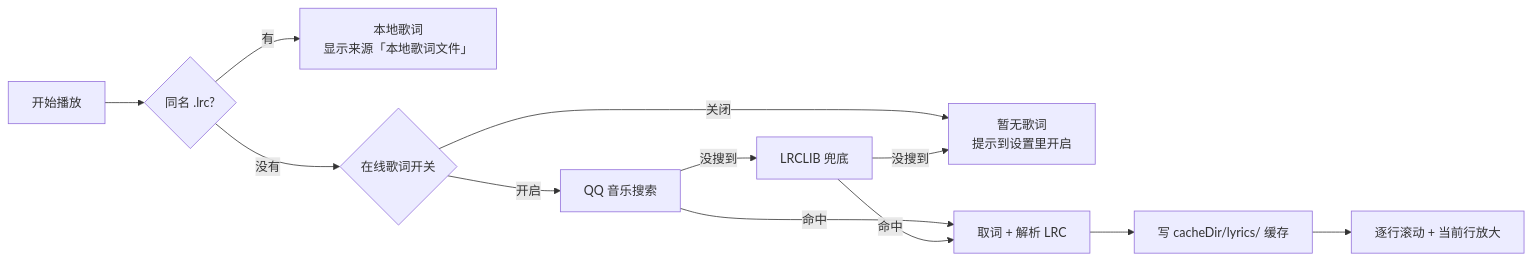
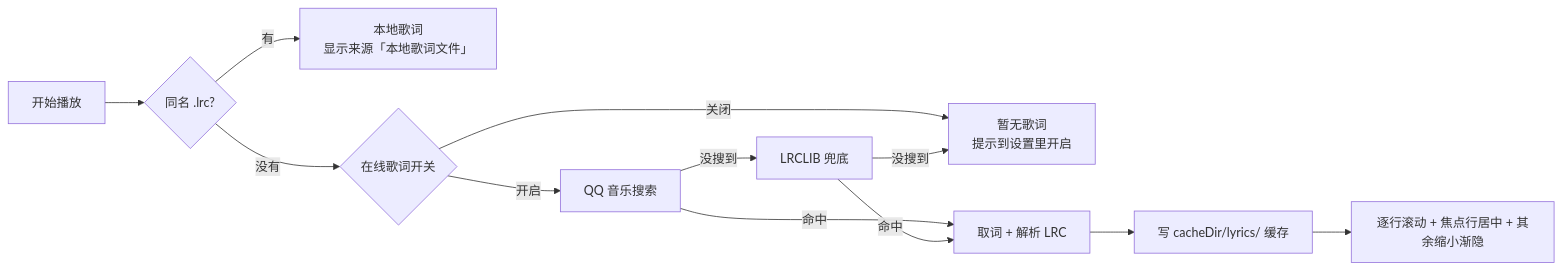
The first of 2 diagrams in README.md (Sanye223/Melody-Retro), drawn with Mermaid before and after one commit. The commit also changed other lines of this file and 7 other files, not shown here.

````diff
--- a/README.md
+++ b/README.md
@@ -72,14 +72,14 @@
 ```mermaid
 flowchart LR
     A[开始播放] --> B{同名 .lrc?}
     B -->|有| C[本地歌词<br/>显示来源「本地歌词文件」]
     B -->|没有| D{在线歌词开关}
     D -->|关闭| E[暂无歌词<br/>提示到设置里开启]
     D -->|开启| F[QQ 音乐搜索]
     F -->|命中| G[取词 + 解析 LRC]
     F -->|没搜到| H[LRCLIB 兜底]
     H -->|命中| G
     H -->|没搜到| E
     G --> I[写 cacheDir/lyrics/ 缓存]
-    I --> J[逐行滚动 + 当前行放大]
+    I --> J[逐行滚动 + 焦点行居中 + 其余缩小渐隐]
 ```
````
